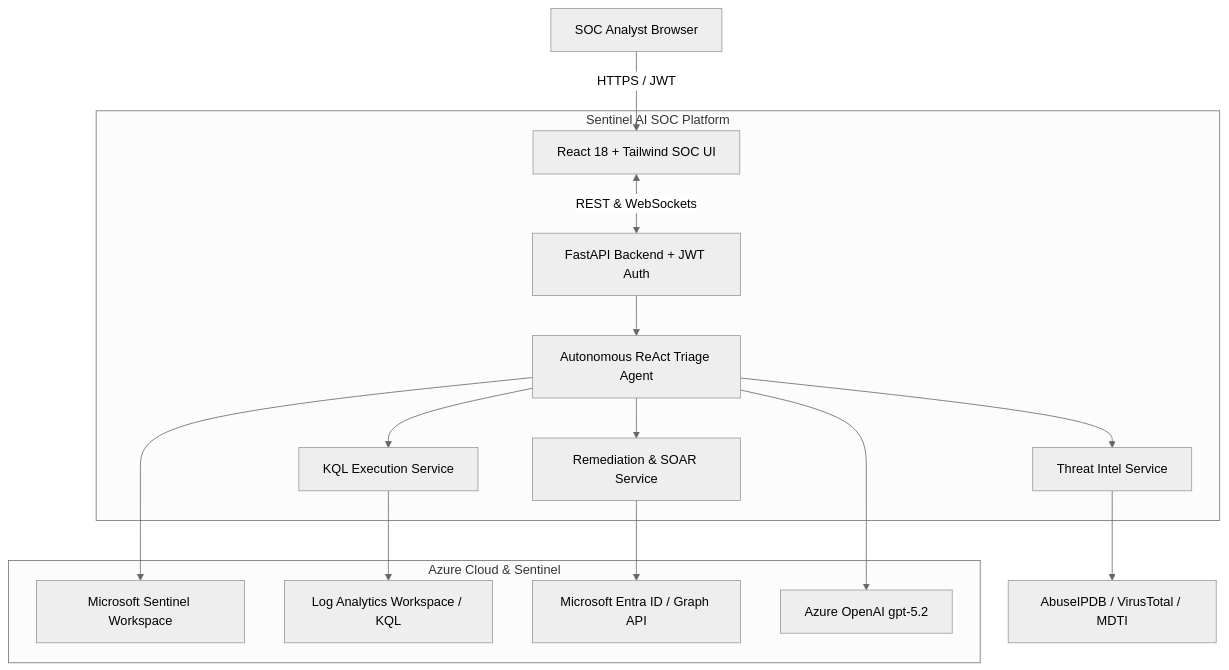
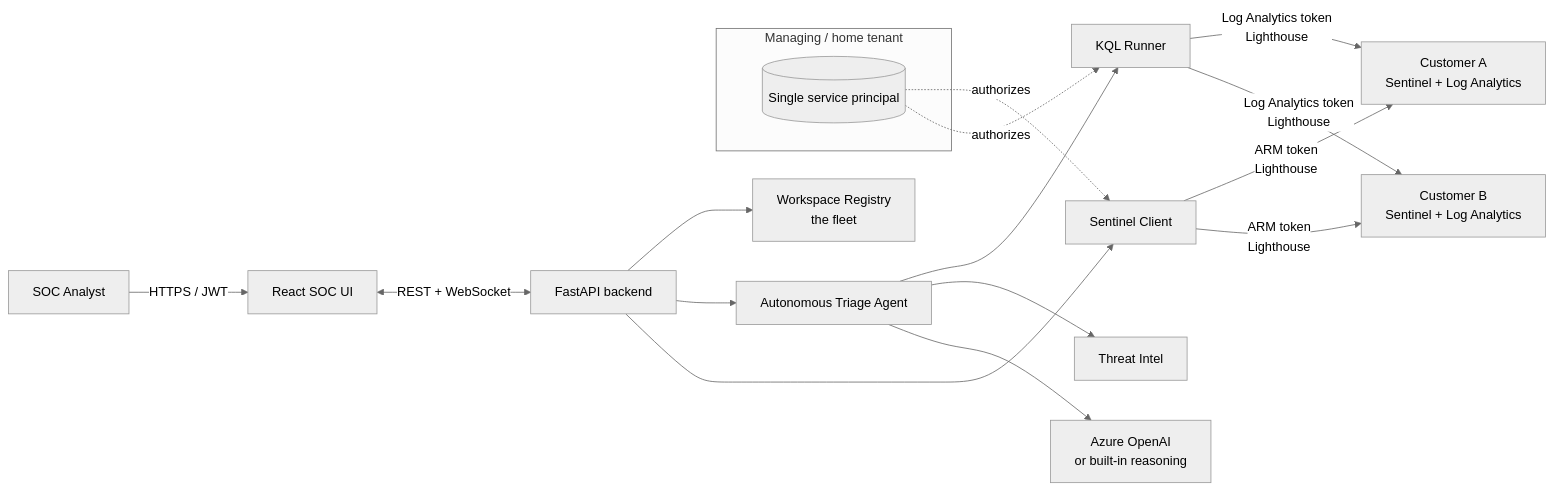
The diagram in README.md (riparino/ai-soc-agent-for-microsoft-sentinel), drawn with Mermaid (neutral theme) before and after one commit. The commit also changed other lines of this file and 3 other files, not shown here.

````diff
--- a/README.md
+++ b/README.md
@@ -160,27 +56,22 @@
 ```mermaid
-flowchart TD
-    subgraph Azure_Cloud [Azure Cloud & Sentinel]
-        Sentinel[Microsoft Sentinel Workspace]
-        LogAnalytics[Log Analytics Workspace / KQL]
-        EntraID[Microsoft Entra ID / Graph API]
-        AzureOpenAI[Azure OpenAI gpt-5.2]
+flowchart LR
+    Analyst[SOC Analyst] -->|HTTPS / JWT| UI[React SOC UI]
+    UI <-->|REST + WebSocket| API[FastAPI backend]
+    API --> REG[Workspace Registry<br/>the fleet]
+    API --> Agent[Autonomous Triage Agent]
+    Agent --> KQL[KQL Runner]
+    Agent --> TI[Threat Intel]
+    Agent --> LLM[Azure OpenAI<br/>or built-in reasoning]
+    API --> SC[Sentinel Client]
+
+    subgraph Managing[Managing / home tenant]
+      SP[(Single service principal)]
     end
 
-    subgraph App_Platform [Sentinel AI SOC Platform]
-        UI[React 18 + Tailwind SOC UI]
-        API[FastAPI Backend + JWT Auth]
-        Agent[Autonomous ReAct Triage Agent]
-        KQL[KQL Execution Service]
-        TI[Threat Intel Service]
-        Remediation[Remediation & SOAR Service]
-    end
-
-    Analyst[SOC Analyst Browser] -->|HTTPS / JWT| UI
-    UI <-->|REST & WebSockets| API
-    API --> Agent
-    Agent --> KQL --> LogAnalytics
-    Agent --> Sentinel
-    Agent --> AzureOpenAI
-    Agent --> TI --> ExternalTI[AbuseIPDB / VirusTotal / MDTI]
-    Agent --> Remediation --> EntraID
+    SC -->|ARM token<br/>Lighthouse| C1[Customer A<br/>Sentinel + Log Analytics]
+    SC -->|ARM token<br/>Lighthouse| C2[Customer B<br/>Sentinel + Log Analytics]
+    KQL -->|Log Analytics token<br/>Lighthouse| C1
+    KQL -->|Log Analytics token<br/>Lighthouse| C2
+    SP -. authorizes .-> SC
+    SP -. authorizes .-> KQL
 ```
````
